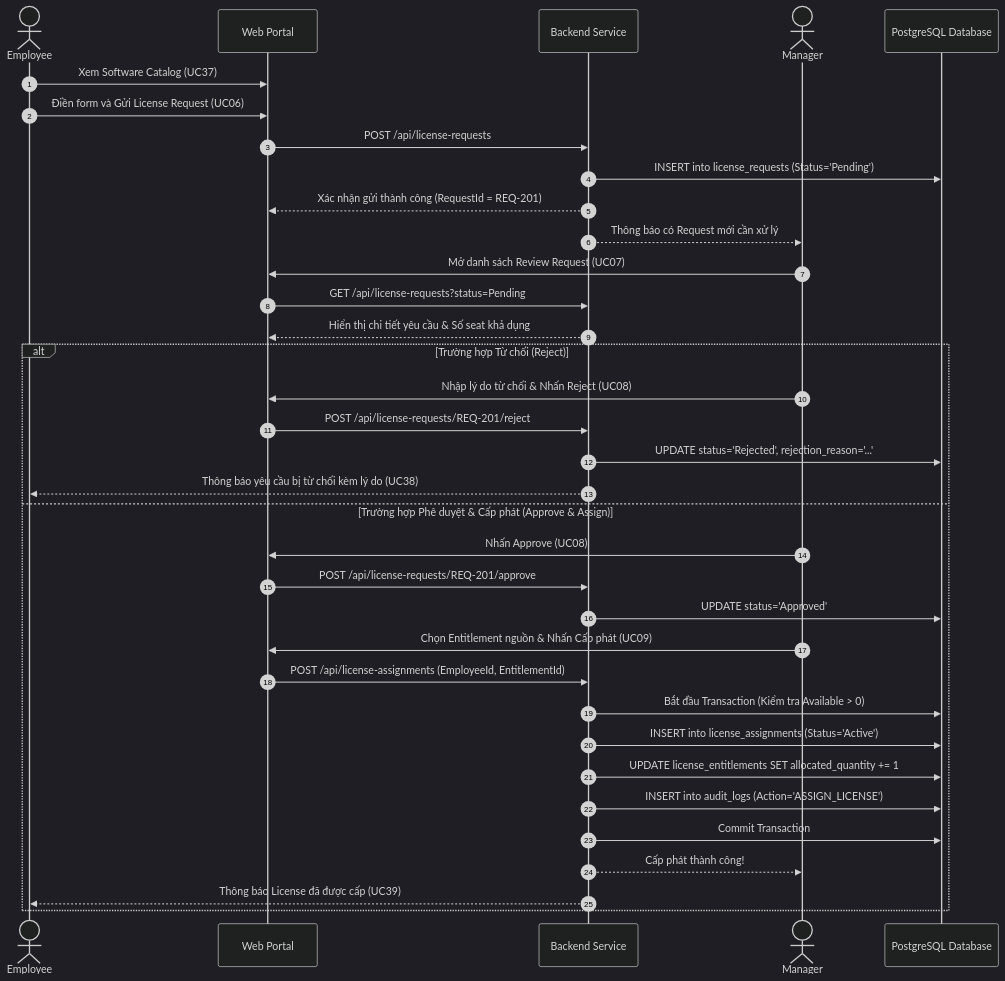
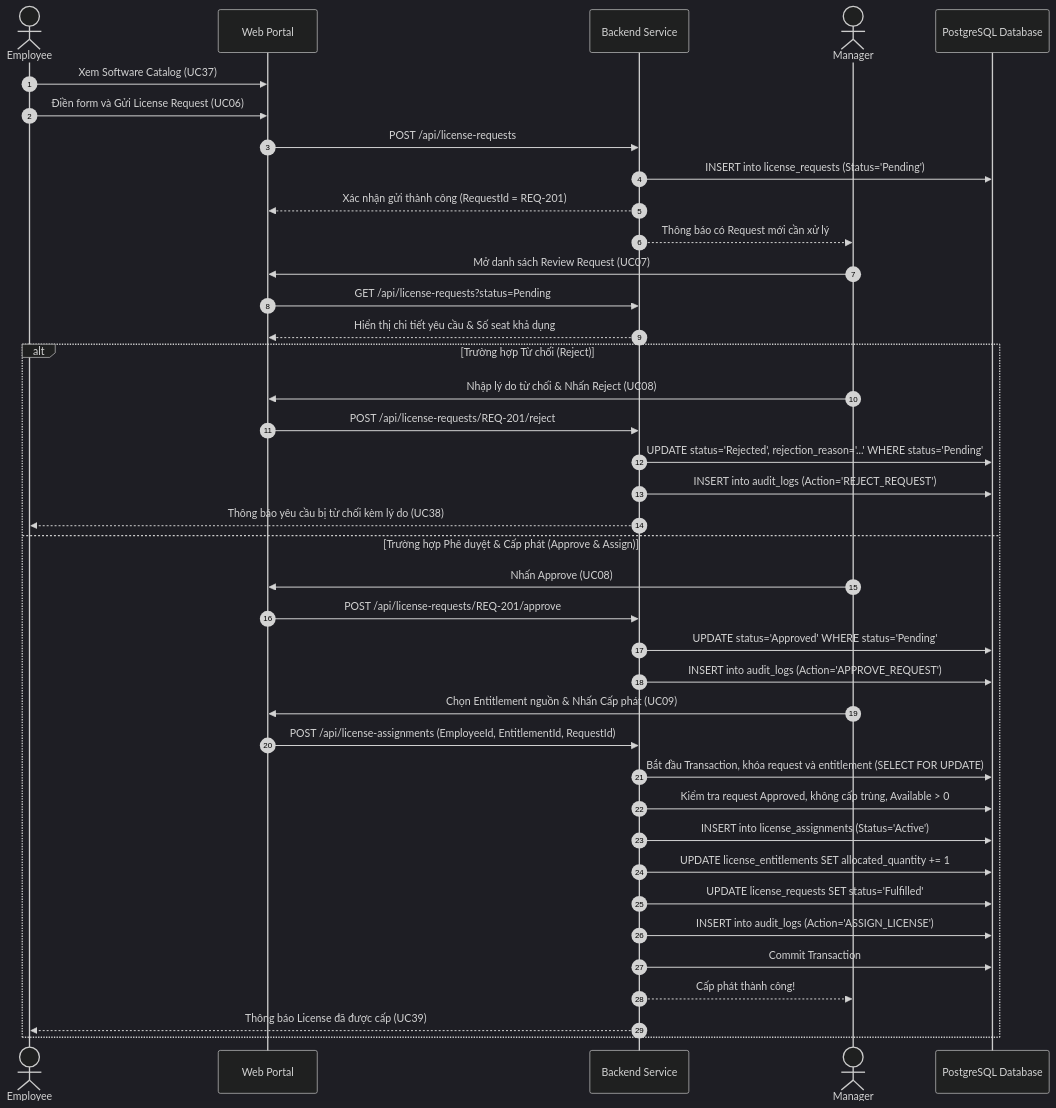
The second of 3 diagrams in docs/02-use-cases.md (cuonglpv/VFast), drawn with Mermaid (dark theme) before and after one commit. The commit also changed other lines of this file and 3 other files, not shown here.

````diff
--- a/docs/02-use-cases.md
+++ b/docs/02-use-cases.md
@@ -136,41 +136,45 @@
 ```mermaid
 sequenceDiagram
     autonumber
     actor Emp as Employee
     participant UI as Web Portal
     participant API as Backend Service
     actor Mgr as Manager
     participant DB as PostgreSQL Database
 
     Emp->>UI: Xem Software Catalog (UC37)
     Emp->>UI: Điền form và Gửi License Request (UC06)
     UI->>API: POST /api/license-requests
     API->>DB: INSERT into license_requests (Status='Pending')
     API-->>UI: Xác nhận gửi thành công (RequestId = REQ-201)
 
     API-->>Mgr: Thông báo có Request mới cần xử lý
     Mgr->>UI: Mở danh sách Review Request (UC07)
     UI->>API: GET /api/license-requests?status=Pending
     API-->>UI: Hiển thị chi tiết yêu cầu & Số seat khả dụng
 
     alt Trường hợp Từ chối (Reject)
         Mgr->>UI: Nhập lý do từ chối & Nhấn Reject (UC08)
         UI->>API: POST /api/license-requests/REQ-201/reject
-        API->>DB: UPDATE status='Rejected', rejection_reason='...'
+        API->>DB: UPDATE status='Rejected', rejection_reason='...' WHERE status='Pending'
+        API->>DB: INSERT into audit_logs (Action='REJECT_REQUEST')
         API-->>Emp: Thông báo yêu cầu bị từ chối kèm lý do (UC38)
     else Trường hợp Phê duyệt & Cấp phát (Approve & Assign)
         Mgr->>UI: Nhấn Approve (UC08)
         UI->>API: POST /api/license-requests/REQ-201/approve
-        API->>DB: UPDATE status='Approved'
+        API->>DB: UPDATE status='Approved' WHERE status='Pending'
+        API->>DB: INSERT into audit_logs (Action='APPROVE_REQUEST')
         
         Mgr->>UI: Chọn Entitlement nguồn & Nhấn Cấp phát (UC09)
-        UI->>API: POST /api/license-assignments (EmployeeId, EntitlementId)
-        API->>DB: Bắt đầu Transaction (Kiểm tra Available > 0)
+        UI->>API: POST /api/license-assignments (EmployeeId, EntitlementId, RequestId)
+        API->>DB: Bắt đầu Transaction, khóa request và entitlement (SELECT FOR UPDATE)
+        API->>DB: Kiểm tra request Approved, không cấp trùng, Available > 0
         API->>DB: INSERT into license_assignments (Status='Active')
         API->>DB: UPDATE license_entitlements SET allocated_quantity += 1
+        API->>DB: UPDATE license_requests SET status='Fulfilled'
         API->>DB: INSERT into audit_logs (Action='ASSIGN_LICENSE')
         API->>DB: Commit Transaction
         API-->>Mgr: Cấp phát thành công!
         API-->>Emp: Thông báo License đã được cấp (UC39)
     end
 ```
````
